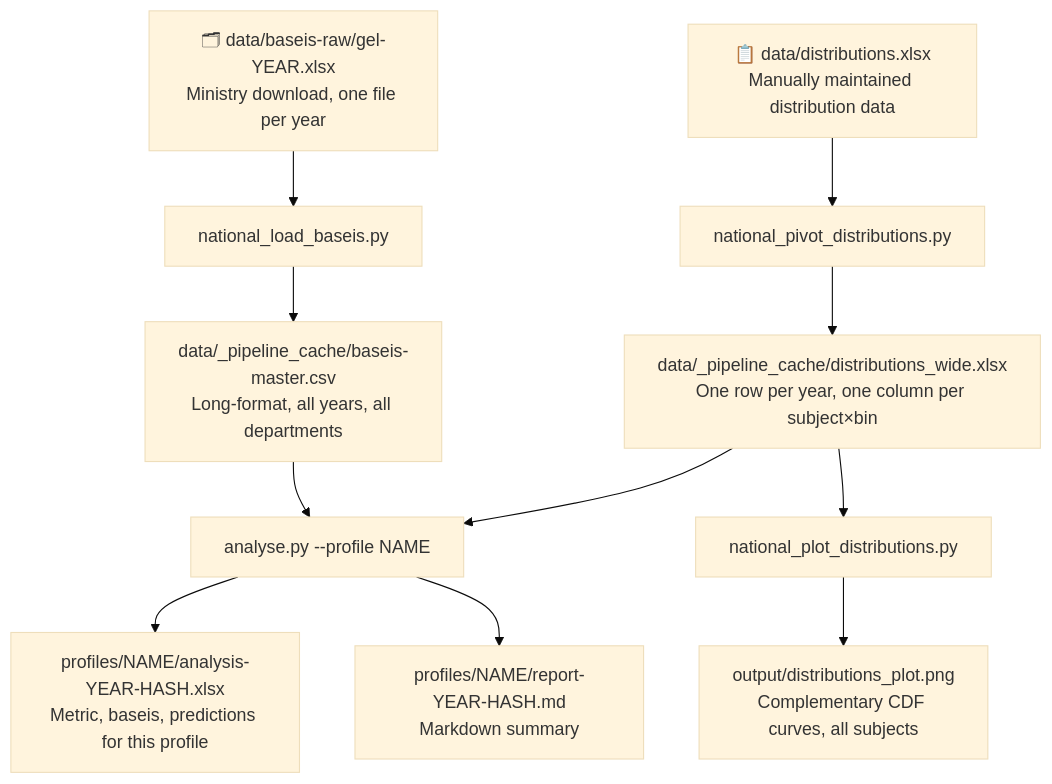
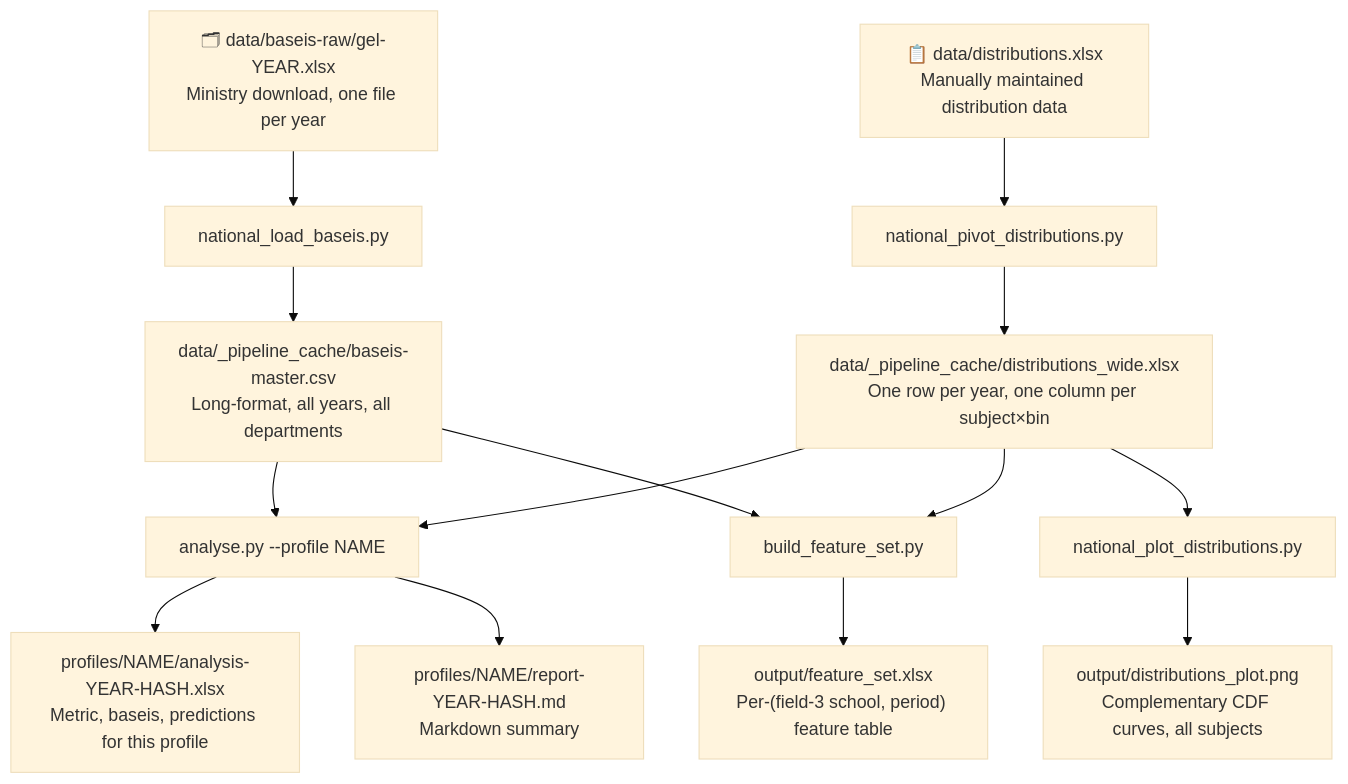
The diagram in docs/source/pipeline.md (npapnet/dear_niece), drawn with Mermaid (base theme) before and after one commit. The commit also changed other lines of this file and 3 other files, not shown here.

````diff
--- a/docs/source/pipeline.md
+++ b/docs/source/pipeline.md
@@ -9,19 +10,22 @@
 ```{mermaid}
 flowchart TD
     A["🗂 data/baseis-raw/gel-YEAR.xlsx\nMinistry download, one file per year"]
     C["📋 data/distributions.xlsx\nManually maintained distribution data"]
 
     A --> B["national_load_baseis.py"]
     C --> D["national_pivot_distributions.py"]
 
     B --> E["data/_pipeline_cache/baseis-master.csv\nLong-format, all years, all departments"]
     D --> F["data/_pipeline_cache/distributions_wide.xlsx\nOne row per year, one column per subject×bin"]
 
     E --> G["analyse.py --profile NAME"]
     F --> G
     F --> H["national_plot_distributions.py"]
+    E --> K["build_feature_set.py"]
+    F --> K
 
     G --> I["profiles/NAME/analysis-YEAR-HASH.xlsx\nMetric, baseis, predictions for this profile"]
     G --> R["profiles/NAME/report-YEAR-HASH.md\nMarkdown summary"]
     H --> J["output/distributions_plot.png\nComplementary CDF curves, all subjects"]
+    K --> L["output/feature_set.xlsx\nPer-(field-3 school, period) feature table"]
 ```
````
